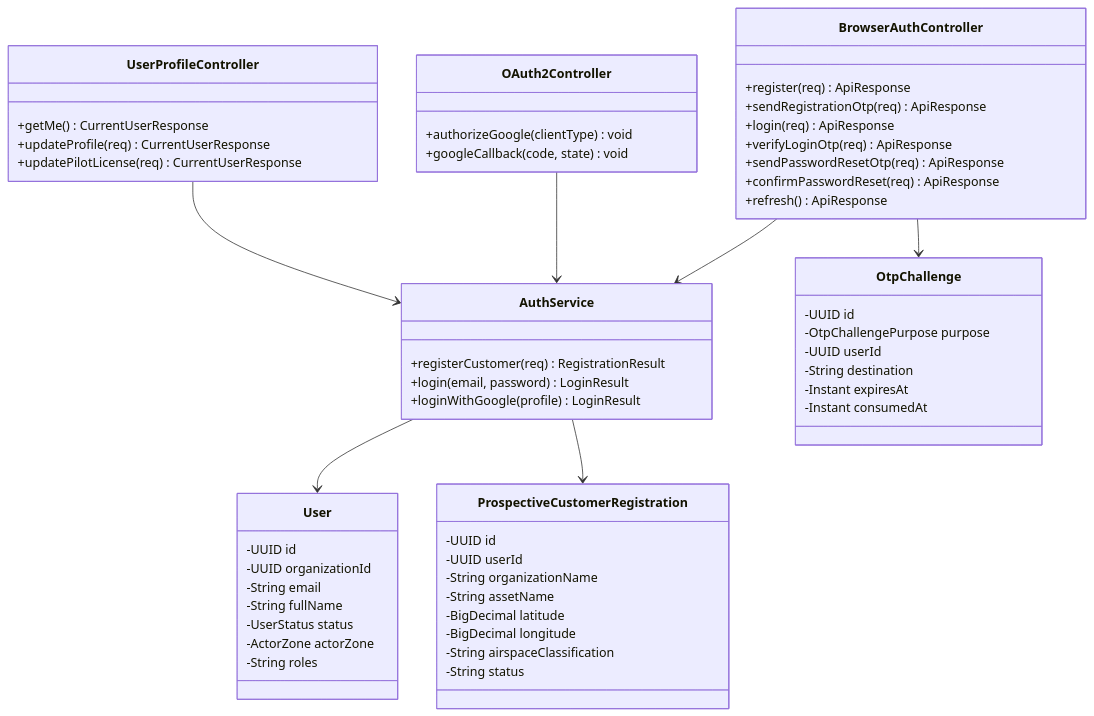
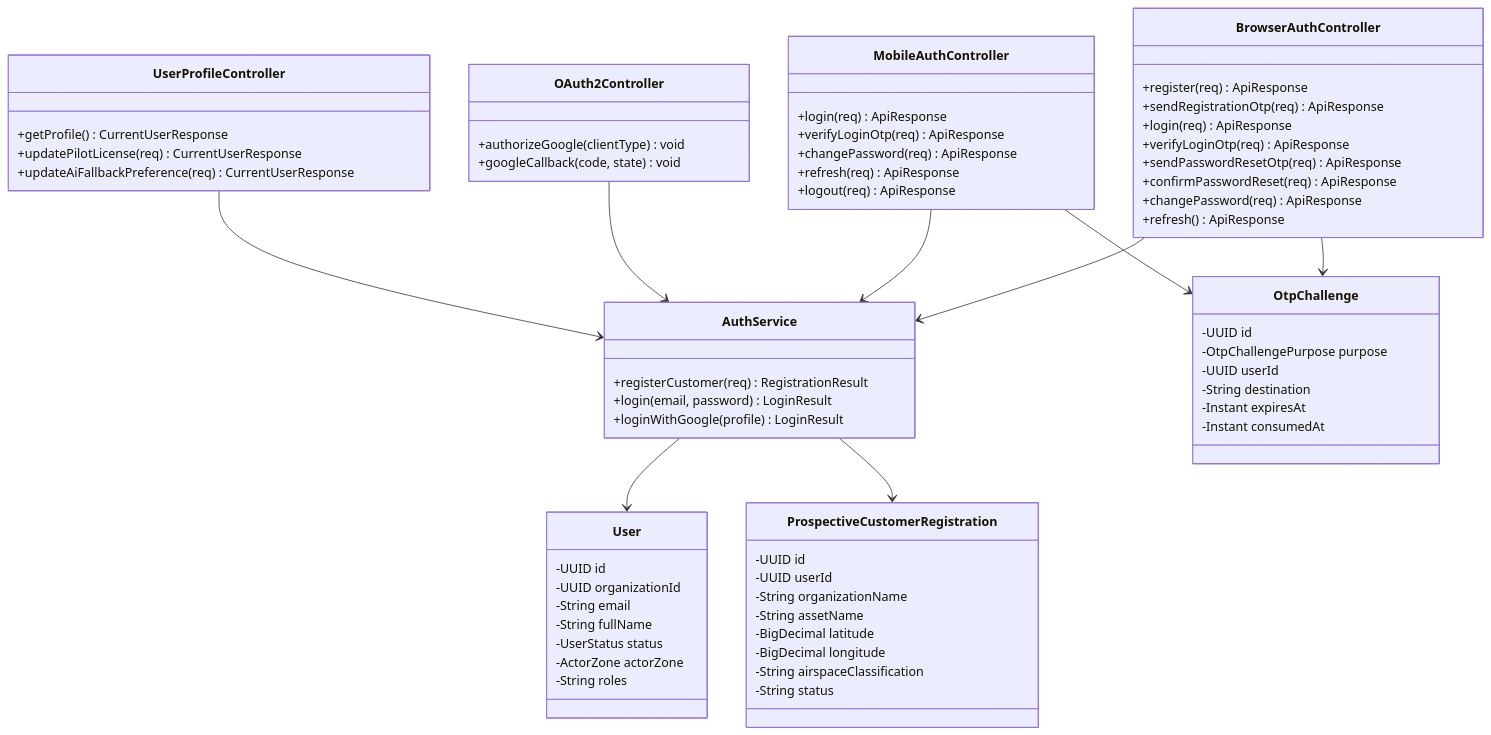
Before and after one commit to tungbach12/SmartDroneInspection-Docs: the first of 26 diagrams in reports/report-4-software-design-document/03-detailed-design.md, drawn with Mermaid. The commit also changed other lines of this file and 132 other files, not shown here.

````diff
--- a/reports/report-4-software-design-document/03-detailed-design.md
+++ b/reports/report-4-software-design-document/03-detailed-design.md
@@ -14,60 +16,70 @@
 ```mermaid
 %% title: FE-01 Customer Registration, Sign-In and Account Access Class Diagram
 classDiagram
   class BrowserAuthController {
     +register(req) ApiResponse
     +sendRegistrationOtp(req) ApiResponse
     +login(req) ApiResponse
     +verifyLoginOtp(req) ApiResponse
     +sendPasswordResetOtp(req) ApiResponse
     +confirmPasswordReset(req) ApiResponse
+    +changePassword(req) ApiResponse
     +refresh() ApiResponse
+  }
+  class MobileAuthController {
+    +login(req) ApiResponse
+    +verifyLoginOtp(req) ApiResponse
+    +changePassword(req) ApiResponse
+    +refresh(req) ApiResponse
+    +logout(req) ApiResponse
   }
   class OAuth2Controller {
     +authorizeGoogle(clientType) void
     +googleCallback(code, state) void
   }
   class UserProfileController {
-    +getMe() CurrentUserResponse
-    +updateProfile(req) CurrentUserResponse
+    +getProfile() CurrentUserResponse
     +updatePilotLicense(req) CurrentUserResponse
+    +updateAiFallbackPreference(req) CurrentUserResponse
   }
   class AuthService {
     +registerCustomer(req) RegistrationResult
     +login(email, password) LoginResult
     +loginWithGoogle(profile) LoginResult
   }
   class User {
     -UUID id
     -UUID organizationId
     -String email
     -String fullName
     -UserStatus status
     -ActorZone actorZone
     -String roles
   }
   class OtpChallenge {
     -UUID id
     -OtpChallengePurpose purpose
     -UUID userId
     -String destination
     -Instant expiresAt
     -Instant consumedAt
   }
   class ProspectiveCustomerRegistration {
     -UUID id
     -UUID userId
     -String organizationName
     -String assetName
     -BigDecimal latitude
     -BigDecimal longitude
     -String airspaceClassification
     -String status
   }
   BrowserAuthController --> AuthService
   BrowserAuthController --> OtpChallenge
+  MobileAuthController --> AuthService
+  MobileAuthController --> OtpChallenge
   OAuth2Controller --> AuthService
   UserProfileController --> AuthService
   AuthService --> User
   AuthService --> ProspectiveCustomerRegistration
 ```
````
